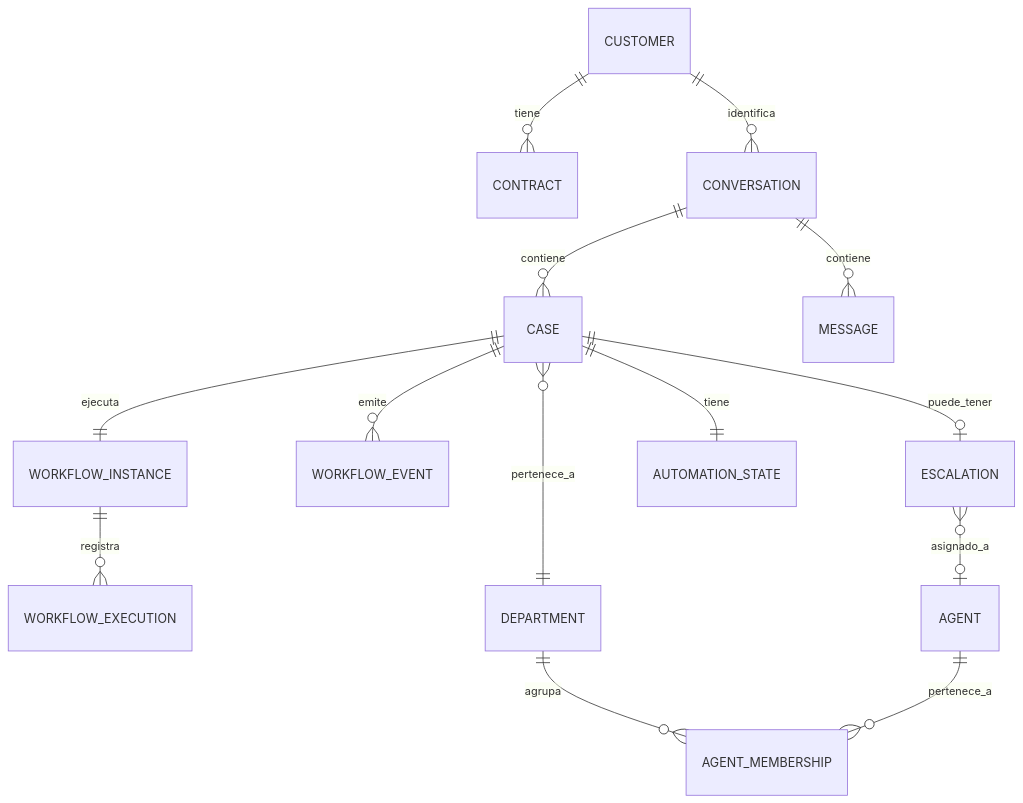
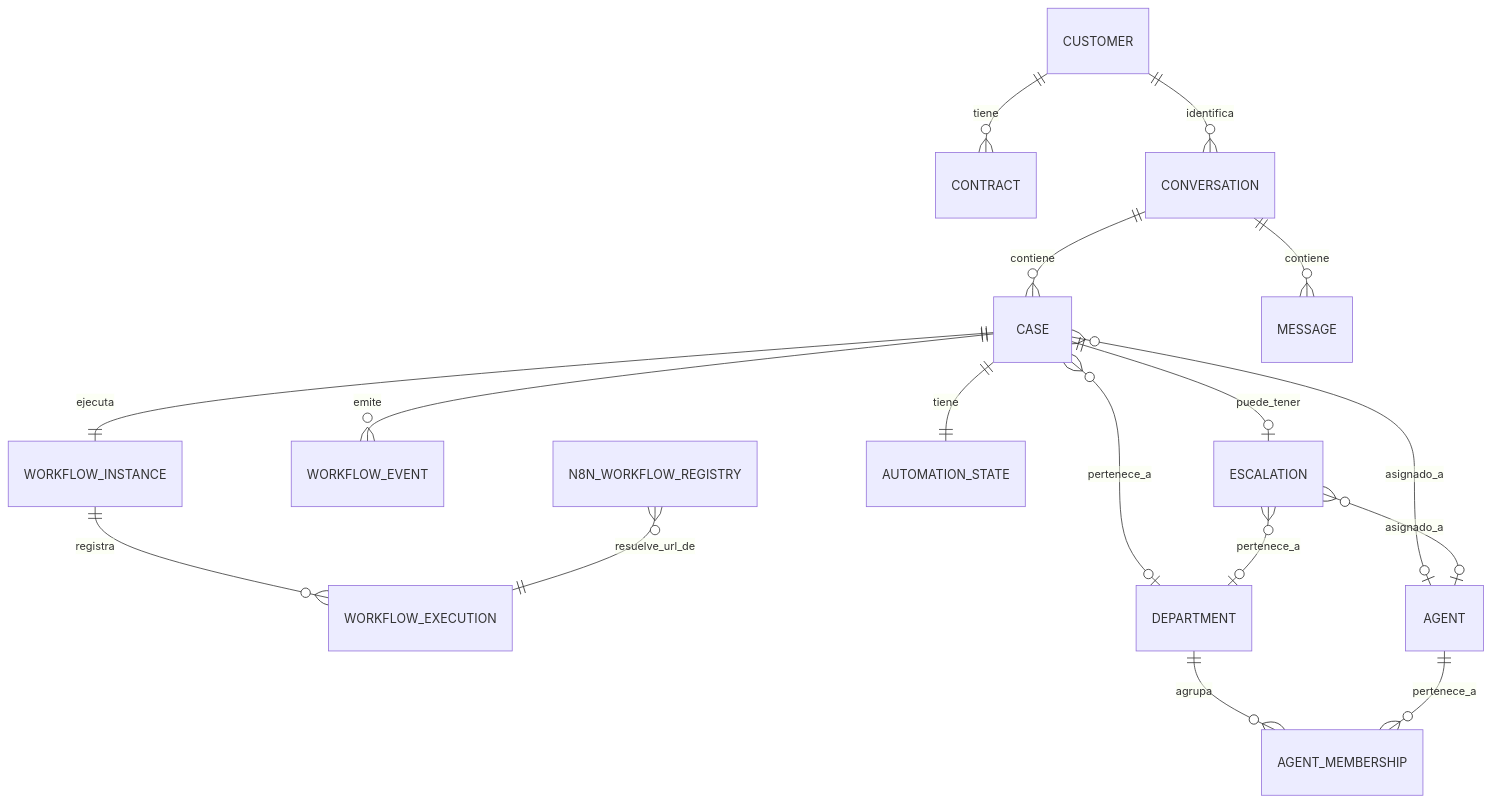
The diagram in docs/spec/01_DATA_MODEL.md (xintegrumdevaf/internal_sys_comunication_backend), drawn with Mermaid before and after one commit. The commit also changed other lines of this file and 7 other files, not shown here.

````diff
--- a/docs/spec/01_DATA_MODEL.md
+++ b/docs/spec/01_DATA_MODEL.md
@@ -5,16 +5,19 @@
 ```mermaid
 erDiagram
     CUSTOMER ||--o{ CONTRACT : tiene
     CUSTOMER ||--o{ CONVERSATION : identifica
     CONVERSATION ||--o{ CASE : contiene
     CONVERSATION ||--o{ MESSAGE : contiene
     CASE ||--|| WORKFLOW_INSTANCE : ejecuta
     WORKFLOW_INSTANCE ||--o{ WORKFLOW_EXECUTION : registra
     CASE ||--o{ WORKFLOW_EVENT : emite
-    CASE }o--|| DEPARTMENT : pertenece_a
+    CASE }o--o| DEPARTMENT : pertenece_a
+    CASE }o--o| AGENT : asignado_a
     CASE ||--o| ESCALATION : puede_tener
+    ESCALATION }o--o| DEPARTMENT : pertenece_a
     ESCALATION }o--o| AGENT : asignado_a
     CASE ||--|| AUTOMATION_STATE : tiene
     DEPARTMENT ||--o{ AGENT_MEMBERSHIP : agrupa
     AGENT ||--o{ AGENT_MEMBERSHIP : pertenece_a
+    N8N_WORKFLOW_REGISTRY }o--|| WORKFLOW_EXECUTION : resuelve_url_de
 ```
````
